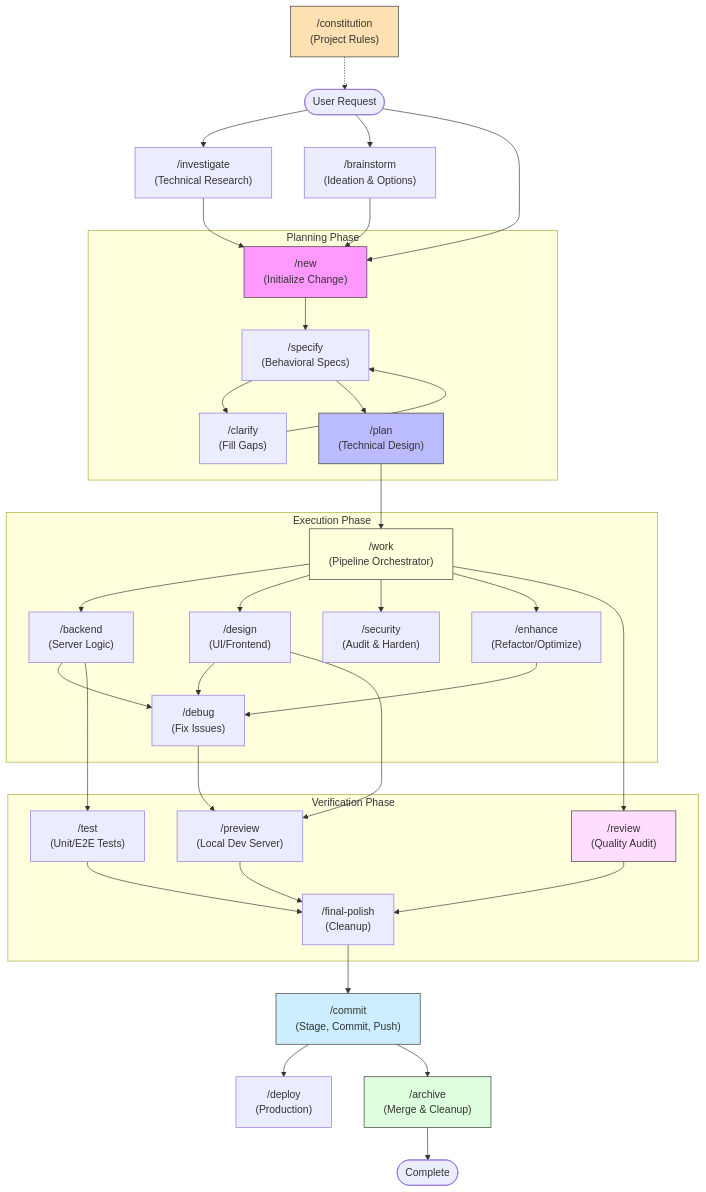
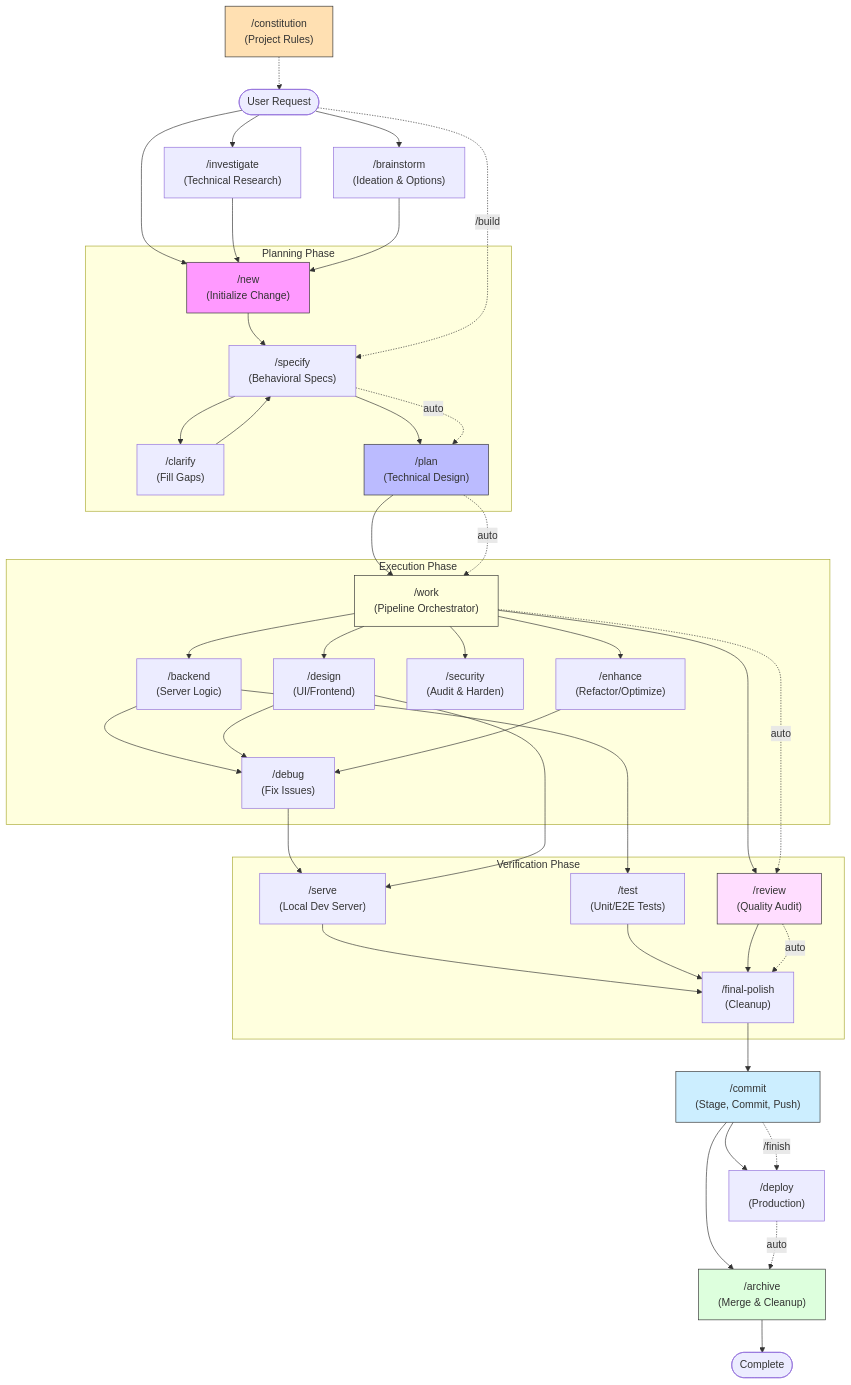
Before and after one commit to Ippollo/Specwright: the diagram in docs/PROJECT_LIFECYCLE.md, drawn with Mermaid. The commit also changed other lines of this file and 7 other files, not shown here.

Commit message:
refactor(workflows): streamline pipeline with /build, /finish, /serve

````diff
--- a/docs/PROJECT_LIFECYCLE.md
+++ b/docs/PROJECT_LIFECYCLE.md
@@ -7,59 +7,68 @@
 ```mermaid
 graph TD
     %% Governance
     Constitution["/constitution<br/>(Project Rules)"] -.-> Start
 
     %% Entry Points
     Start([User Request]) --> Investigate["/investigate<br/>(Technical Research)"]
     Start --> Brainstorm["/brainstorm<br/>(Ideation & Options)"]
     Start --> New["/new<br/>(Initialize Change)"]
 
     %% Planning Flow
     Investigate --> New
     Brainstorm --> New
 
     subgraph "Planning Phase"
         New --> Specify["/specify<br/>(Behavioral Specs)"]
         Specify --> Clarify["/clarify<br/>(Fill Gaps)"]
         Clarify --> Specify
         Specify --> Plan["/plan<br/>(Technical Design)"]
     end
 
     %% Execution Phase
     subgraph "Execution Phase"
         Plan --> Work["/work<br/>(Pipeline Orchestrator)"]
         Work --> Backend["/backend<br/>(Server Logic)"]
         Work --> Design["/design<br/>(UI/Frontend)"]
         Work --> Security["/security<br/>(Audit & Harden)"]
         Work --> Enhance["/enhance<br/>(Refactor/Optimize)"]
 
         Backend --> Debug["/debug<br/>(Fix Issues)"]
         Design --> Debug
         Enhance --> Debug
     end
 
     %% Verification & Completion
     subgraph "Verification Phase"
-        Debug --> Preview["/preview<br/>(Local Dev Server)"]
+        Debug --> Serve["/serve<br/>(Local Dev Server)"]
         Backend --> Test["/test<br/>(Unit/E2E Tests)"]
-        Design --> Preview
+        Design --> Serve
         Work --> Review["/review<br/>(Quality Audit)"]
-        Preview --> Final["/final-polish<br/>(Cleanup)"]
+        Serve --> Final["/final-polish<br/>(Cleanup)"]
         Test --> Final
         Review --> Final
     end
 
     Final --> Commit["/commit<br/>(Stage, Commit, Push)"]
     Commit --> Deploy["/deploy<br/>(Production)"]
     Commit --> Archive["/archive<br/>(Merge & Cleanup)"]
     Archive --> End([Complete])
+
+    %% Mega-workflows
+    Start -. "/build" .-> Specify
+    Specify -. auto .-> Plan
+    Plan -. auto .-> Work
+    Work -. auto .-> Review
+    Review -. auto .-> Final
+    Commit -. "/finish" .-> Deploy
+    Deploy -. auto .-> Archive
 
     %% Styling
     style Constitution fill:#ffe0b2,stroke:#333
     style Work fill:#ffd,stroke:#333
     style New fill:#f9f,stroke:#333
     style Archive fill:#dfd,stroke:#333
     style Commit fill:#cef,stroke:#333
     style Plan fill:#bbf,stroke:#333
     style Review fill:#fdf,stroke:#333
 ```
````
